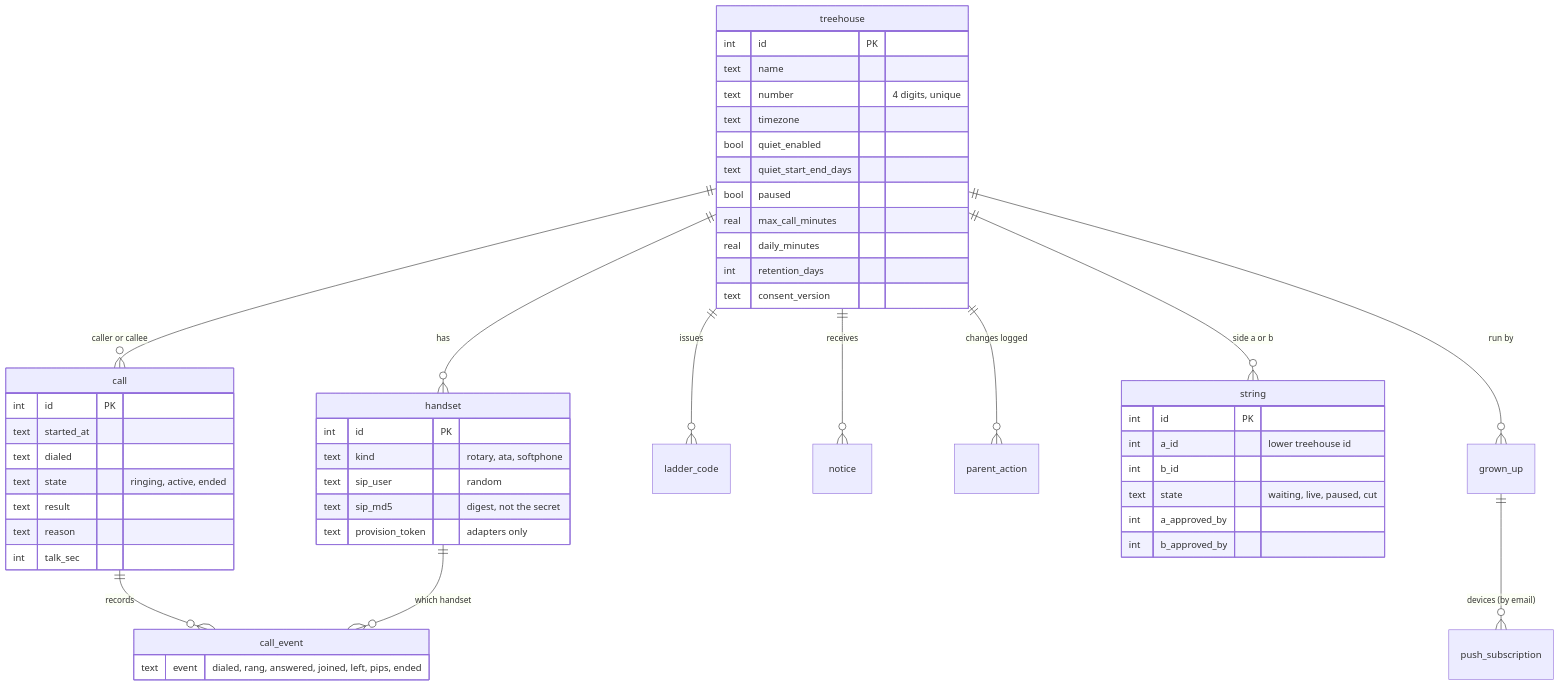
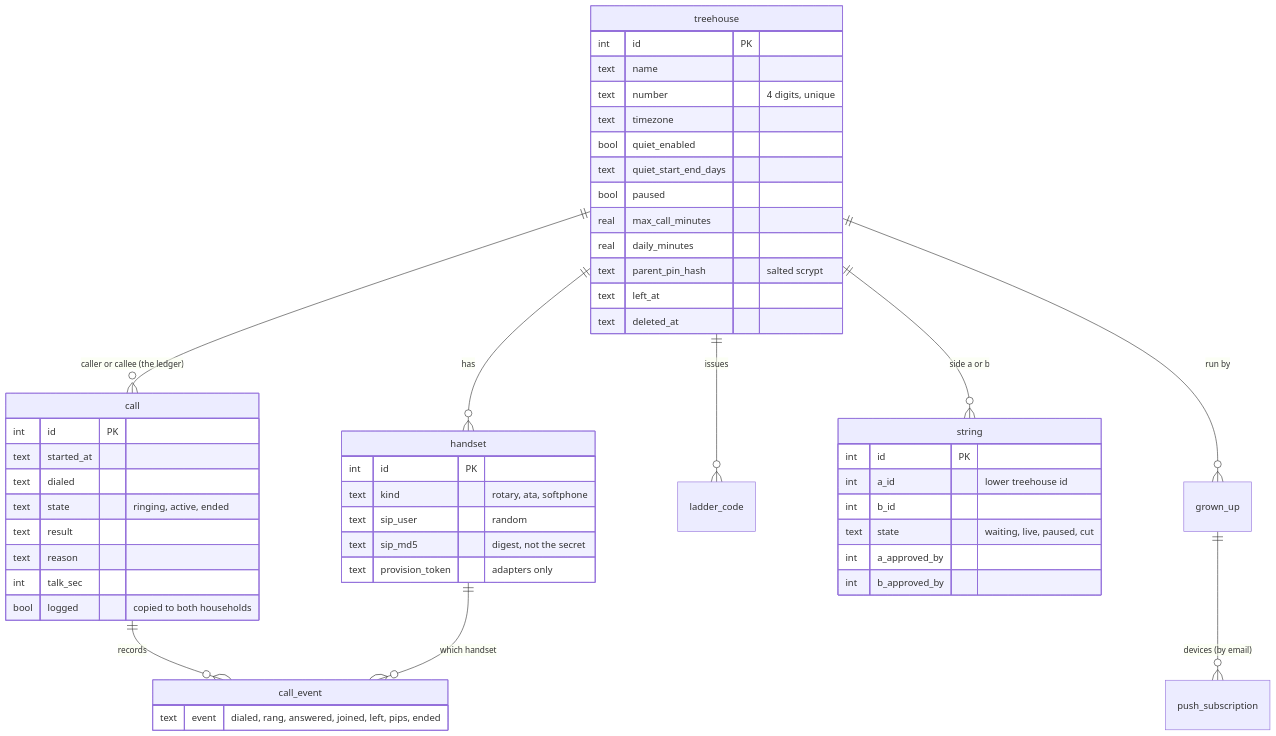
The fifth of 10 diagrams in docs/ARCHITECTURE.md (jdmiller2010/treeline), drawn with Mermaid before and after one commit. The commit also changed other lines of this file and 5 other files, not shown here.

First line of the commit message:
Docs: the data layer in README, PLAN, ARCHITECTURE, CLAUDE.md, SECURITY.md

````diff
--- a/docs/ARCHITECTURE.md
+++ b/docs/ARCHITECTURE.md
@@ -168,54 +168,54 @@
 ```mermaid
 erDiagram
     treehouse ||--o{ handset : has
     treehouse ||--o{ grown_up : "run by"
     treehouse ||--o{ ladder_code : issues
-    treehouse ||--o{ notice : receives
-    treehouse ||--o{ parent_action : "changes logged"
     treehouse ||--o{ string : "side a or b"
-    treehouse ||--o{ call : "caller or callee"
+    treehouse ||--o{ call : "caller or callee (the ledger)"
     call ||--o{ call_event : records
     handset ||--o{ call_event : "which handset"
     grown_up ||--o{ push_subscription : "devices (by email)"
 
     treehouse {
         int id PK
         text name
         text number "4 digits, unique"
         text timezone
         bool quiet_enabled
         text quiet_start_end_days
         bool paused
         real max_call_minutes
         real daily_minutes
-        int retention_days
-        text consent_version
+        text parent_pin_hash "salted scrypt"
+        text left_at
+        text deleted_at
     }
     handset {
         int id PK
         text kind "rotary, ata, softphone"
         text sip_user "random"
         text sip_md5 "digest, not the secret"
         text provision_token "adapters only"
     }
     string {
         int id PK
         int a_id "lower treehouse id"
         int b_id
         text state "waiting, live, paused, cut"
         int a_approved_by
         int b_approved_by
     }
     call {
         int id PK
         text started_at
         text dialed
         text state "ringing, active, ended"
         text result
         text reason
         int talk_sec
+        bool logged "copied to both households"
     }
     call_event {
         text event "dialed, rang, answered, joined, left, pips, ended"
     }
 ```
````
